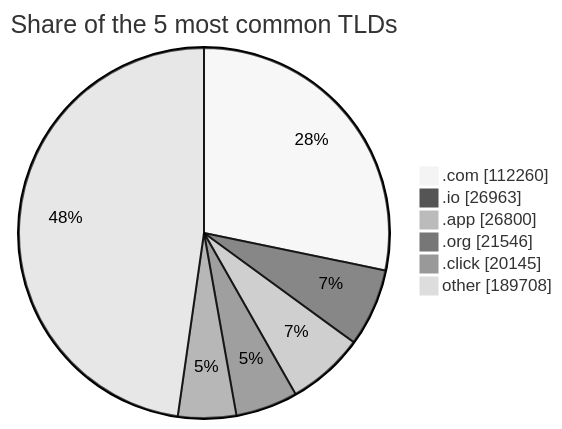
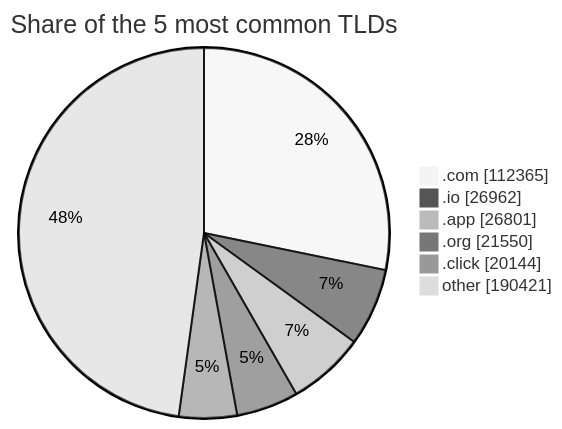
One commit to DNSBunker/CTI changed the third of 3 diagrams in README.md. Above: the diagram before and after it, drawn with Mermaid (neutral theme). The commit also changed other lines of this file and 3 other files, not shown here.

````diff
--- a/README.md
+++ b/README.md
@@ -81,9 +81,9 @@
 ```mermaid
 pie showData title Share of the 5 most common TLDs
-    ".com" : 112260
-    ".io" : 26963
-    ".app" : 26800
-    ".org" : 21546
-    ".click" : 20145
-    "other" : 189708
+    ".com" : 112365
+    ".io" : 26962
+    ".app" : 26801
+    ".org" : 21550
+    ".click" : 20144
+    "other" : 190421
 ```
````
